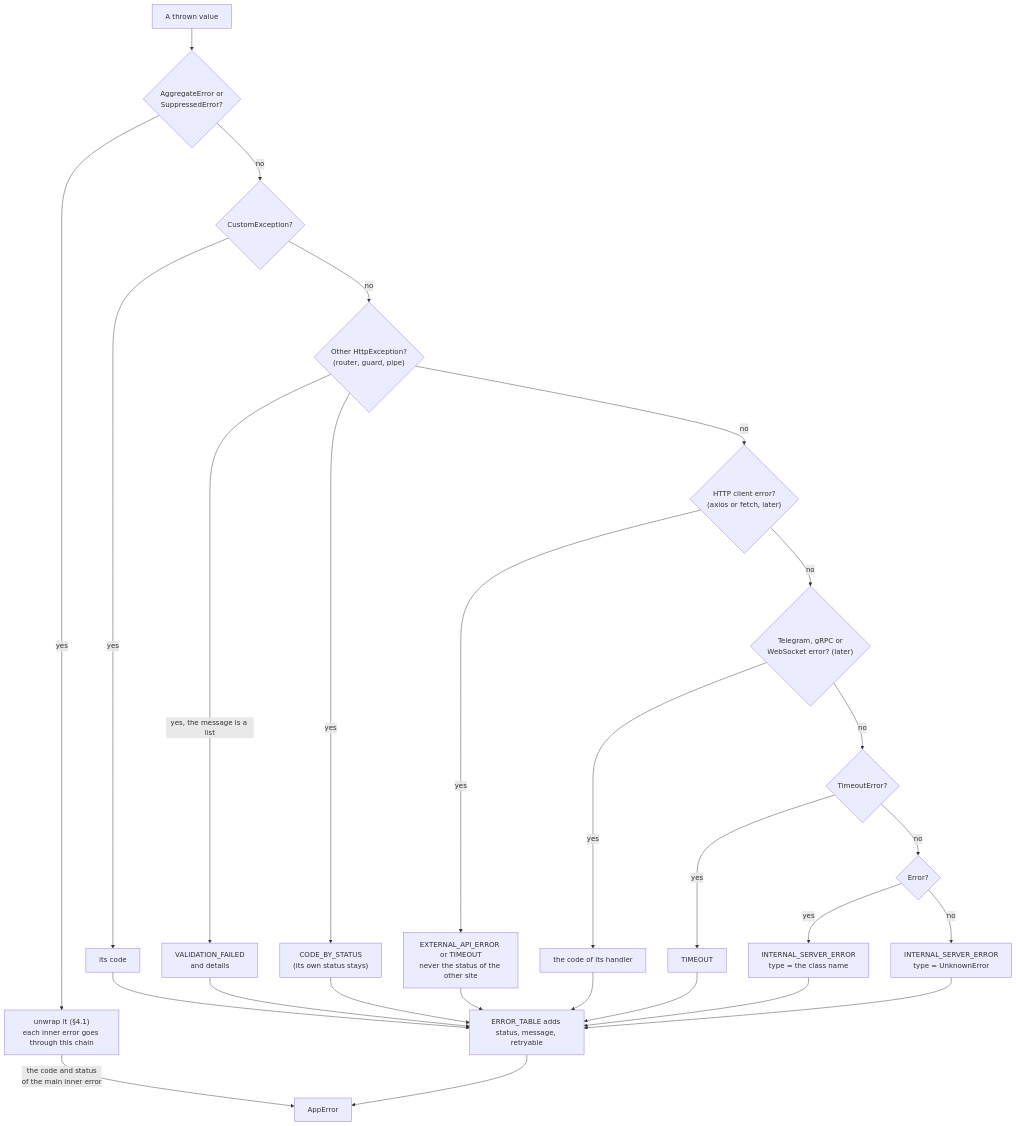
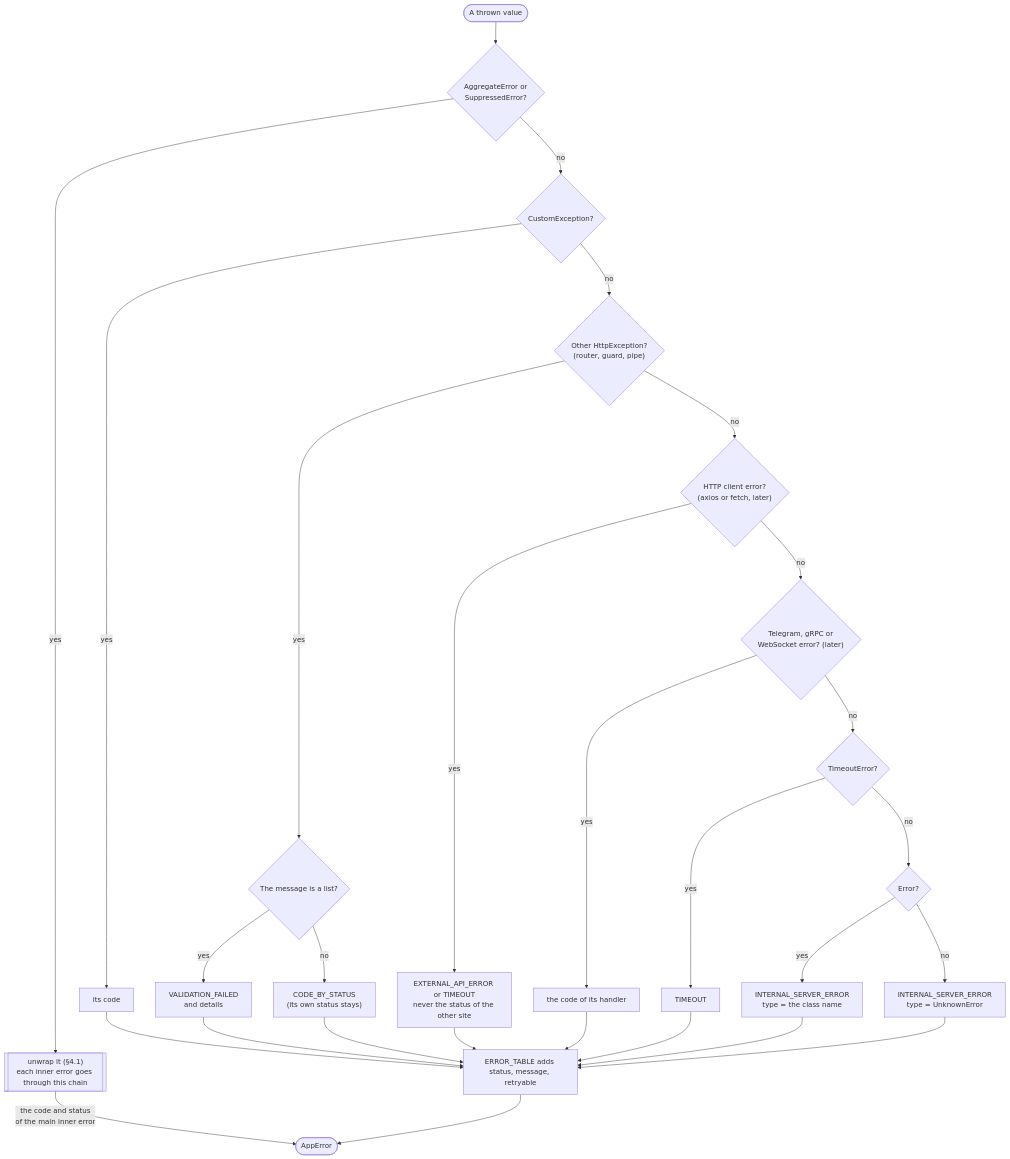
One commit to CyberBrainiac/job-search-automation-tool changed the third of 6 diagrams in docs/error-handling-improvements.md. Above: the diagram before and after it, drawn with Mermaid. The commit also changed other lines of this file and 2 other files, not shown here.

First line of the commit message:
docs(root): make all diagrams follow the diagram rules

````diff
--- a/docs/error-handling-improvements.md
+++ b/docs/error-handling-improvements.md
@@ -219,22 +219,23 @@
 ```mermaid
 flowchart TD
-  E["A thrown value"] --> H0{"AggregateError or<br/>SuppressedError?"}
-  H0 -- "yes" --> R0["unwrap it (§4.1)<br/>each inner error goes through this chain"]
+  S(["A thrown value"]) --> H0{"AggregateError or<br/>SuppressedError?"}
+  H0 -- "yes" --> R0[["unwrap it (§4.1)<br/>each inner error goes through this chain"]]
   R0 -- "the code and status<br/>of the main inner error" --> A
   H0 -- "no" --> H1{"CustomException?"}
   H1 -- "yes" --> R1["its code"]
   H1 -- "no" --> H2{"Other HttpException?<br/>(router, guard, pipe)"}
-  H2 -- "yes, the message is a list" --> R2a["VALIDATION_FAILED<br/>and details"]
-  H2 -- "yes" --> R2b["CODE_BY_STATUS<br/>(its own status stays)"]
+  H2 -- "yes" --> H2L{"The message is a list?"}
   H2 -- "no" --> H3{"HTTP client error?<br/>(axios or fetch, later)"}
+  H2L -- "yes" --> R2a["VALIDATION_FAILED<br/>and details"]
+  H2L -- "no" --> R2b["CODE_BY_STATUS<br/>(its own status stays)"]
   H3 -- "yes" --> R3["EXTERNAL_API_ERROR or TIMEOUT<br/>never the status of the other site"]
   H3 -- "no" --> H4{"Telegram, gRPC or<br/>WebSocket error? (later)"}
   H4 -- "yes" --> R4["the code of its handler"]
   H4 -- "no" --> H5{"TimeoutError?"}
   H5 -- "yes" --> R5["TIMEOUT"]
   H5 -- "no" --> H6{"Error?"}
   H6 -- "yes" --> R6["INTERNAL_SERVER_ERROR<br/>type = the class name"]
   H6 -- "no" --> R7["INTERNAL_SERVER_ERROR<br/>type = UnknownError"]
   R1 & R2a & R2b & R3 & R4 & R5 & R6 & R7 --> T["ERROR_TABLE adds status, message, retryable"]
-  T --> A["AppError"]
+  T --> A(["AppError"])
 ```
````
